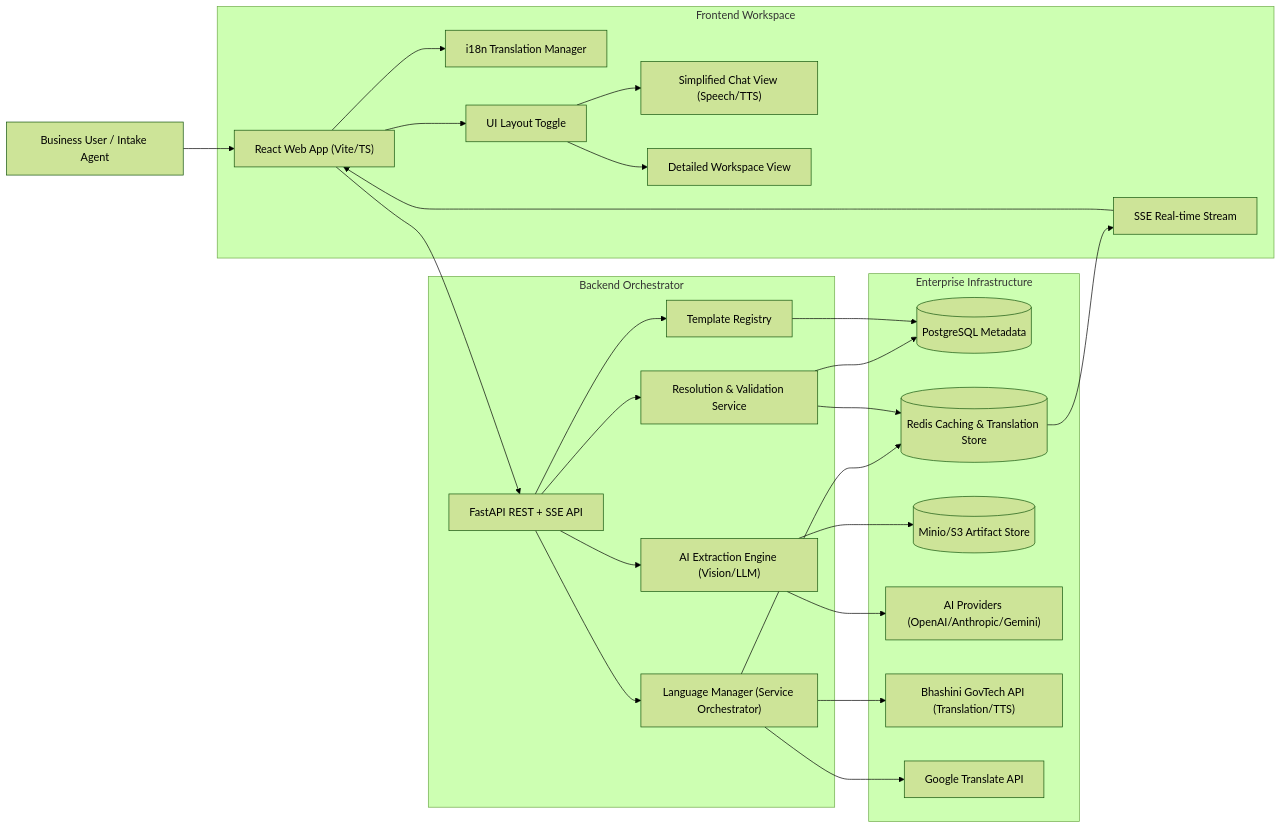
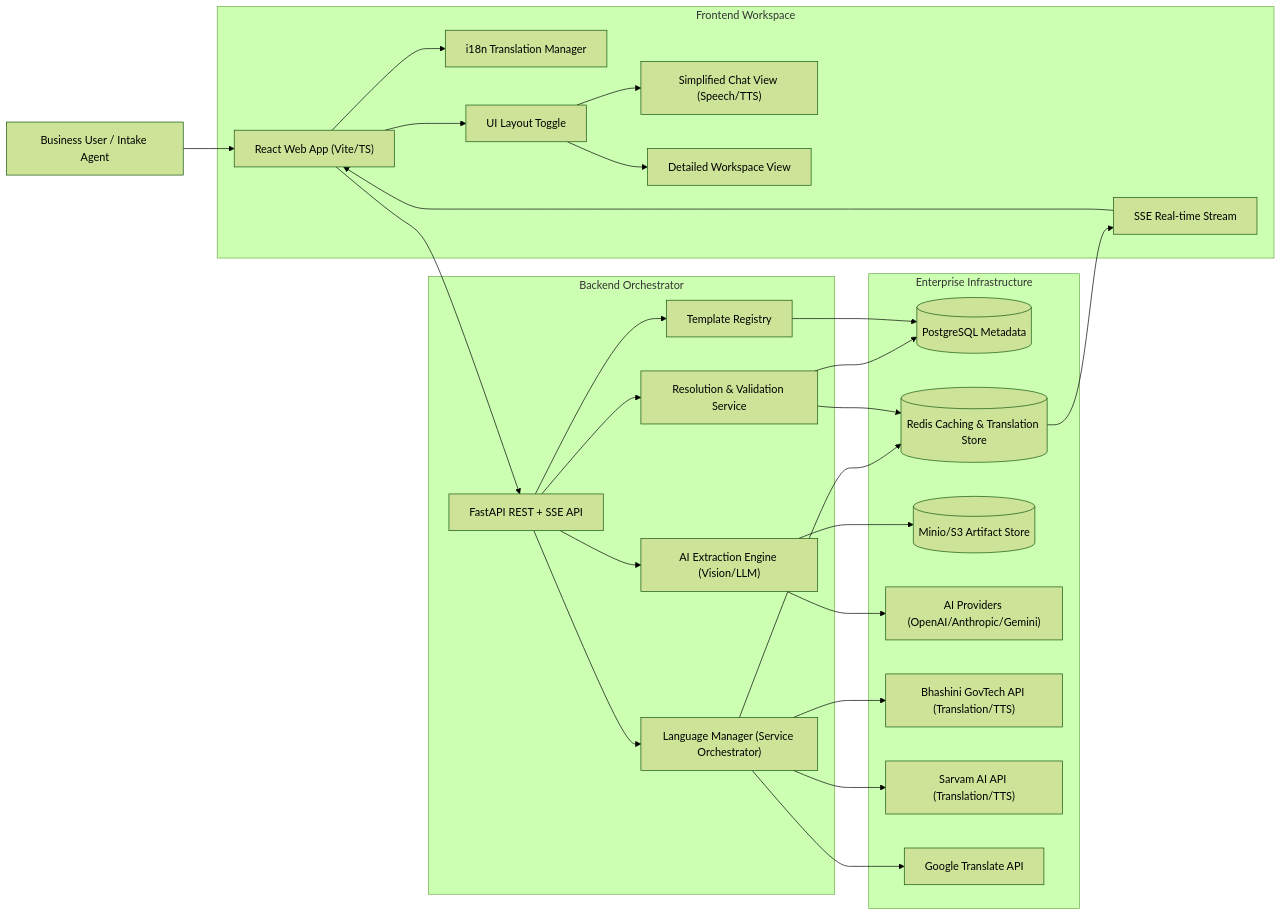
Before and after one commit to Hari31416/FormFoundry: the diagram in FORM_FOUNDRY_EXECUTIVE_BRIEF.md, drawn with Mermaid (forest theme). The commit also changed other lines of this file and 7 other files, not shown here.

````diff
--- a/FORM_FOUNDRY_EXECUTIVE_BRIEF.md
+++ b/FORM_FOUNDRY_EXECUTIVE_BRIEF.md
@@ -49,51 +49,53 @@
 ```mermaid
 graph LR
     User["Business User / Intake Agent"]
 
     subgraph "Frontend Workspace"
         UI["React Web App (Vite/TS)"]
         i18n["i18n Translation Manager"]
         Toggle["UI Layout Toggle"]
         ChatView["Simplified Chat View (Speech/TTS)"]
         DetailView["Detailed Workspace View"]
         SSE["SSE Real-time Stream"]
     end
 
     subgraph "Backend Orchestrator"
         API["FastAPI REST + SSE API"]
         LangManager["Language Manager (Service Orchestrator)"]
         Extraction["AI Extraction Engine (Vision/LLM)"]
         Resolution["Resolution & Validation Service"]
         Registry["Template Registry"]
     end
 
     subgraph "Enterprise Infrastructure"
         Postgres[("PostgreSQL Metadata")]
         Redis[("Redis Caching & Translation Store")]
         Minio[("Minio/S3 Artifact Store")]
         LLM["AI Providers (OpenAI/Anthropic/Gemini)"]
         Bhashini["Bhashini GovTech API (Translation/TTS)"]
+        Sarvam["Sarvam AI API (Translation/TTS)"]
         Google["Google Translate API"]
     end
 
     User --> UI
     UI --> Toggle
     Toggle --> ChatView
     Toggle --> DetailView
     UI --> i18n
     UI --> API
     API --> LangManager
     LangManager --> Redis
     LangManager --> Bhashini
+    LangManager --> Sarvam
     LangManager --> Google
     API --> Extraction
     API --> Resolution
     API --> Registry
     Extraction --> LLM
     Extraction --> Minio
     Resolution --> Postgres
     Resolution --> Redis
     Registry --> Postgres
     Redis --> SSE
     SSE --> UI
 ```
````
